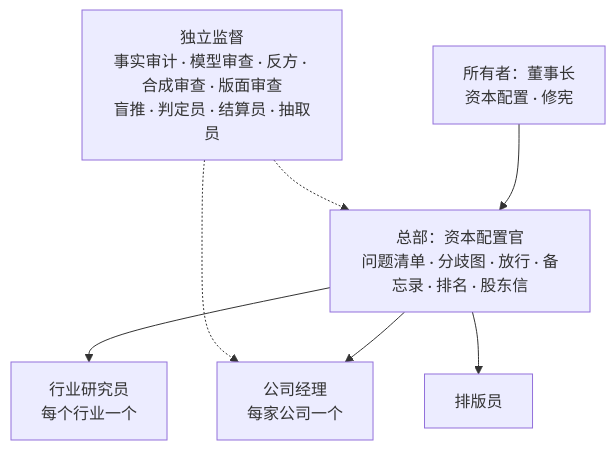
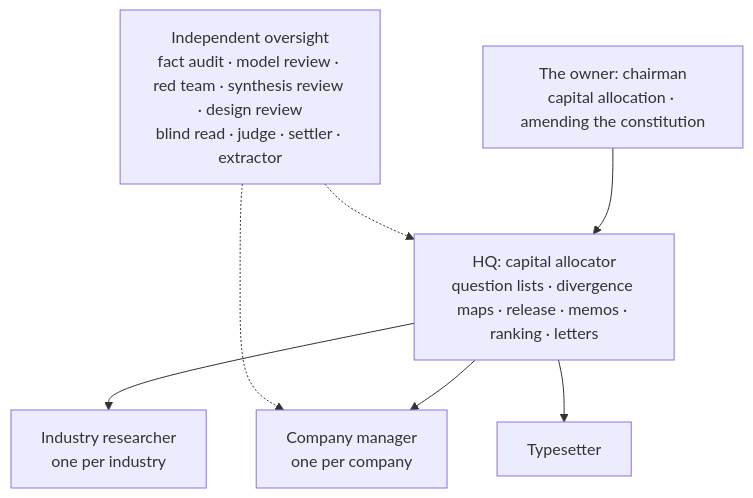
One commit to kentian742-creator/owners-office changed the diagram in agents/README.md. Above: the diagram before and after it, drawn with Mermaid. The commit also changed other lines of this file and 33 other files, not shown here.

First line of the commit message:
constitution, agents: English; model budget raised to $50 a month (decisions 0020, 0021)

````diff
--- a/agents/README.md
+++ b/agents/README.md
@@ -17,9 +13,9 @@
 ```mermaid
 flowchart TD
-  K["所有者：董事长<br/>资本配置 · 修宪"] --> HQ["总部：资本配置官<br/>问题清单 · 分歧图 · 放行 · 备忘录 · 排名 · 股东信"]
-  HQ --> CM["公司经理<br/>每家公司一个"]
-  HQ --> IR["行业研究员<br/>每个行业一个"]
-  HQ --> TS["排版员"]
-  OV["独立监督<br/>事实审计 · 模型审查 · 反方 · 合成审查 · 版面审查<br/>盲推 · 判定员 · 结算员 · 抽取员"] -.-> CM
+  K["The owner: chairman<br/>capital allocation · amending the constitution"] --> HQ["HQ: capital allocator<br/>question lists · divergence maps · release · memos · ranking · letters"]
+  HQ --> CM["Company manager<br/>one per company"]
+  HQ --> IR["Industry researcher<br/>one per industry"]
+  HQ --> TS["Typesetter"]
+  OV["Independent oversight<br/>fact audit · model review · red team · synthesis review · design review<br/>blind read · judge · settler · extractor"] -.-> CM
   OV -.-> HQ
 ```
````
